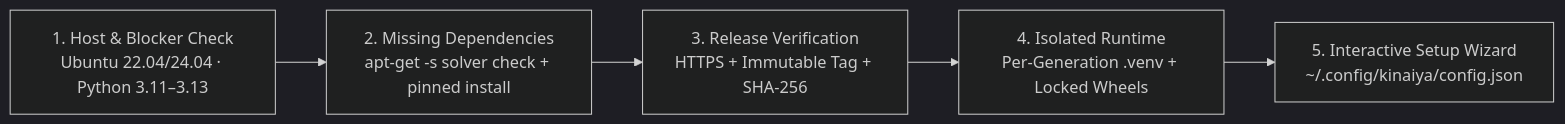
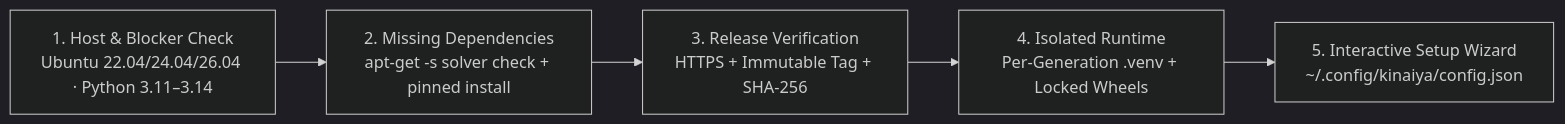
The second of 3 diagrams in README.md (rgoza1996/Kinaiya), drawn with Mermaid (dark theme) before and after one commit. The commit also changed other lines of this file and 9 other files, not shown here.

Commit message:
fix(installer): support Ubuntu 26.04 and Python 3.14

````diff
--- a/README.md
+++ b/README.md
@@ -117,7 +117,7 @@
 ```mermaid
 flowchart LR
-    A["1. Host & Blocker Check<br/>Ubuntu 22.04/24.04 · Python 3.11–3.13"] --> B["2. Missing Dependencies<br/>apt-get -s solver check + pinned install"]
+    A["1. Host & Blocker Check<br/>Ubuntu 22.04/24.04/26.04 · Python 3.11–3.14"] --> B["2. Missing Dependencies<br/>apt-get -s solver check + pinned install"]
     B --> C["3. Release Verification<br/>HTTPS + Immutable Tag + SHA-256"]
     C --> D["4. Isolated Runtime<br/>Per-Generation .venv + Locked Wheels"]
     D --> E["5. Interactive Setup Wizard<br/>~/.config/kinaiya/config.json"]
 ```
````
